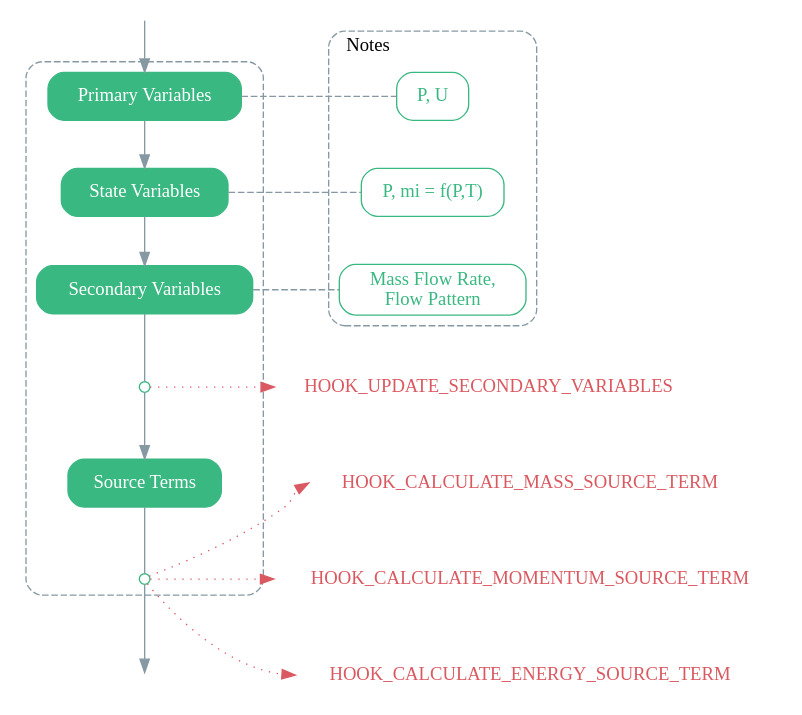
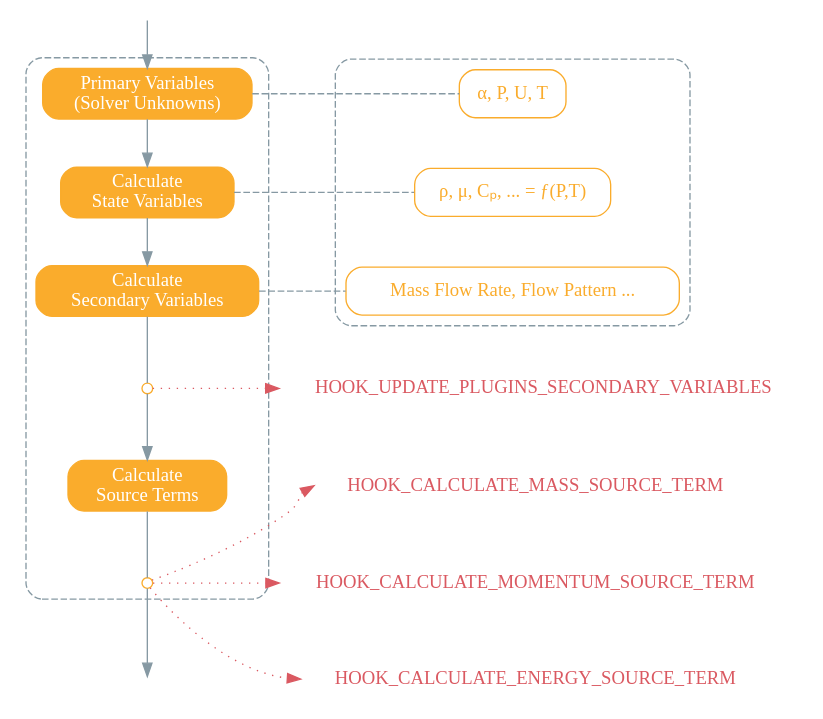
The second of 3 diagrams in docs/source/07_lifecycle.rst (ESSS/alfasim-sdk), drawn with Graphviz before and after one commit. The commit also changed other lines of this file, not shown here.

```diff
--- a/docs/source/07_lifecycle.rst
+++ b/docs/source/07_lifecycle.rst
@@ -96,36 +102,35 @@
 .. graphviz::
 
     digraph {
-        //splines=ortho
         nodesep = 0.9;
         ratio=autor;
         newrank=true;
         node [
             peripheries="1",
-            fillcolor="#3AB882"
-            color="#3AB882"
+            fillcolor="#FAAC2C"
+            style="rounded, filled"
+            color="#FAAC2C"
             fontcolor="#ffffff"
-            shape="reactangle",
-            style="rounded, filled",
+            shape="rectangular"
         ];
-        edge [ color="#8699A3" ];
+        edge [ color="#8699A3" fontcolor="#2c3e50" ];
 
-        hydrodynamic_1 [label="Primary Variables"];
-        hydrodynamic_2 [label="State Variables"];
+        hydrodynamic_1 [label="Primary Variables \n (Solver Unknowns)"];
+        hydrodynamic_2 [label="Calculate \n State Variables"];
 
-        hydrodynamic_3 [label="Secondary Variables"];
-        hydrodynamic_4 [label="Source Terms"];
+        hydrodynamic_3 [label="Calculate \n Secondary Variables"];
+        hydrodynamic_4 [label="Calculate \n Source Terms"];
 
 
         // Align Notes
         subgraph cluster2{
             labeljust="l"
             style="rounded, dashed"
+            fontcolor="#2c3e50"
             color="#8699A3"
-            label="Notes"
-            note_1 [label="P, U", shape=box, color="#3AB882",fillcolor="#FFFFFF", fontcolor="#3AB882"]
-            note_2 [label="P, mi = f(P,T)", shape=box, color="#3AB882",fillcolor="#FFFFFF", fontcolor="#3AB882"]
-            note_3 [label="Mass Flow Rate, \n Flow Pattern", shape=box, color="#3AB882",fillcolor="#FFFFFF", fontcolor="#3AB882"]
+            note_1 [label="α, P, U, T", shape=box, color="#FAAC2C",fillcolor="#FFFFFF", fontcolor="#FAAC2C"]
+            note_2 [label="ρ, μ, Cₚ, ... = ƒ(P,T)", shape=box, color="#FAAC2C",fillcolor="#FFFFFF", fontcolor="#FAAC2C"]
+            note_3 [label="Mass Flow Rate, Flow Pattern ...", shape=box, color="#FAAC2C",fillcolor="#FFFFFF", fontcolor="#FAAC2C"]
         }
         hydrodynamic_1 -> note_1 [arrowhead=none, style=dashed, constraint=false,];
         hydrodynamic_2 -> note_2 [arrowhead=none, style=dashed, constraint=false,];
@@ -151,7 +156,7 @@
 
 
         hook_update_variables [peripheries="0"
-            label="HOOK_UPDATE_SECONDARY_VARIABLES", shape="cds", color="#DA5961", fontcolor="#DA5961", style=""
+            label="HOOK_UPDATE_PLUGINS_SECONDARY_VARIABLES", shape="cds", color="#DA5961", fontcolor="#DA5961", style=""
             URL="../06_solver_hooks.html#alfasim_sdk.hook_specs.update_plugins_secondary_variables", target="_top"
         ]
         subgraph a{
@@ -187,6 +192,7 @@
             hydrodynamic_4 -> hook_calculate_source_terms_point [arrowhead=none]
         }
         hook_update_variables_point -> hook_update_variables [constraint=false, style=dotted, color="#DA5961"]
+
         hook_calculate_source_terms_point -> hook_calculate_mass_source_terms:w [constraint=false, style=dotted, color="#DA5961"]
         hook_calculate_source_terms_point -> hook_calculate_momentum_source_terms [constraint=false, style=dotted, color="#DA5961"]
         hook_calculate_source_terms_point -> hook_calculate_energy_source_terms:w [constraint=false, style=dotted, color="#DA5961"]
```
